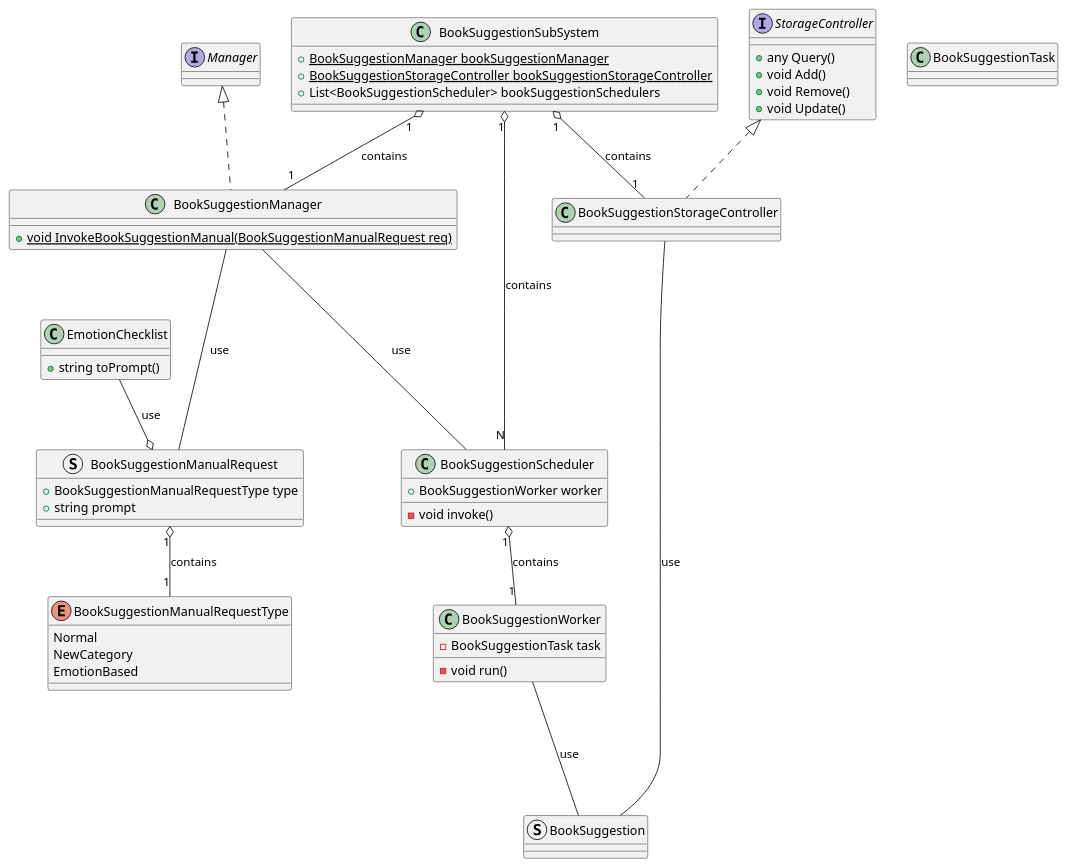
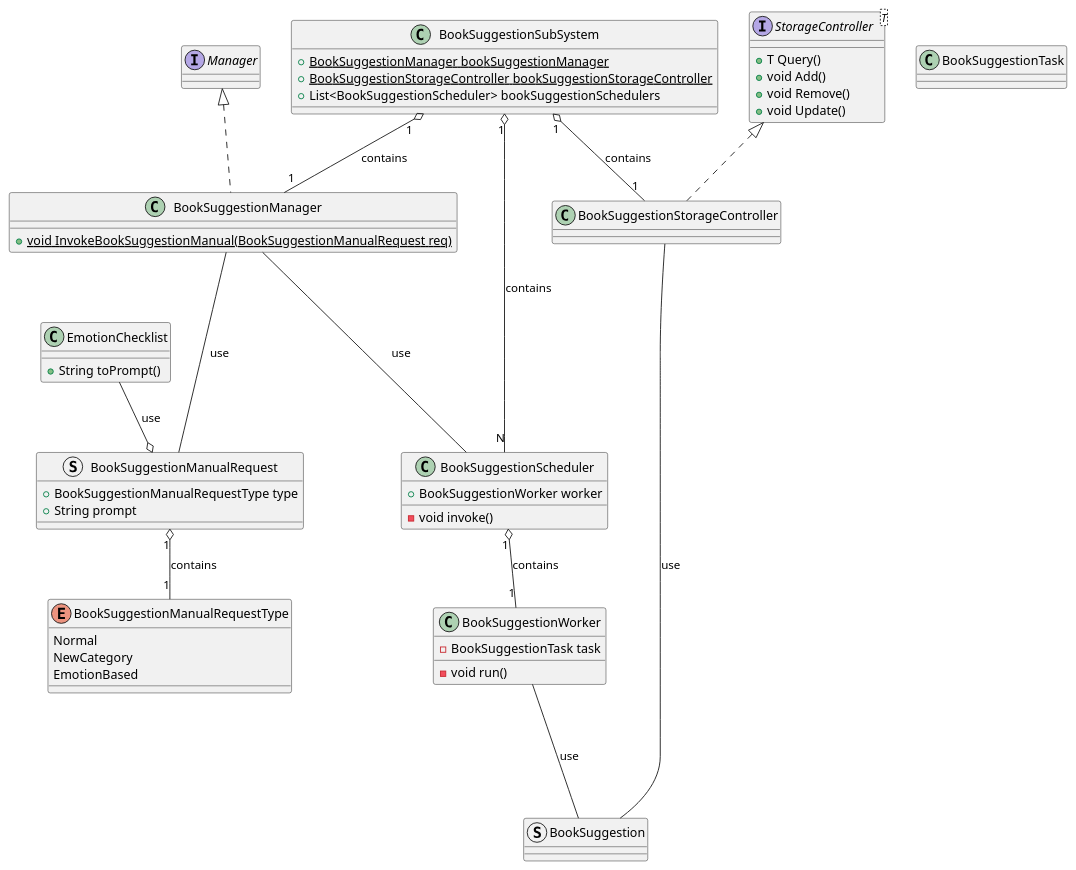
The diagram in src/BookSuggestion.puml (ShapeLayer/se-lecture-task__project-structure-definitions), drawn with PlantUML before and after one commit. The commit also changed 19 other files, not shown here.

```diff
--- a/src/BookSuggestion.puml
+++ b/src/BookSuggestion.puml
@@ -1,61 +1,61 @@
 @startuml
 Interface Manager
-Interface StorageController {
-    + any Query()
+Interface StorageController<T> {
+    + T Query()
     + void Add()
     + void Remove()
     + void Update()
 }
 
 class EmotionChecklist {
-    + string toPrompt()
+    + String toPrompt()
 }
 
 enum BookSuggestionManualRequestType {
     Normal
     NewCategory
     EmotionBased
 }
 struct BookSuggestionManualRequest {
     + BookSuggestionManualRequestType type
-    + string prompt
+    + String prompt
 }
 BookSuggestionManualRequest "1" o-- "1" BookSuggestionManualRequestType : contains
 EmotionChecklist --o BookSuggestionManualRequest : use
 
 struct BookSuggestion {}
 class BookSuggestionTask {}
 
 class BookSuggestionWorker {
     - BookSuggestionTask task
     - void run()
 }
 BookSuggestionWorker --- BookSuggestion : use
 
 class BookSuggestionScheduler {
     + BookSuggestionWorker worker
     - void invoke()
 }
 
 BookSuggestionScheduler "1" o-- "1" BookSuggestionWorker : contains
 
 class BookSuggestionManager implements Manager {
     + {static} void InvokeBookSuggestionManual(BookSuggestionManualRequest req)
 }
 BookSuggestionManager --- BookSuggestionManualRequest : use
 BookSuggestionManager --- BookSuggestionScheduler : use
 
 class BookSuggestionStorageController implements StorageController {}
 BookSuggestionStorageController --- BookSuggestion : use
 
 class BookSuggestionSubSystem {
     + {static} BookSuggestionManager bookSuggestionManager
     + {static} BookSuggestionStorageController bookSuggestionStorageController
     + List<BookSuggestionScheduler> bookSuggestionSchedulers
 }
 
 BookSuggestionSubSystem "1" o-- "1" BookSuggestionManager : contains
 BookSuggestionSubSystem "1" o-- "1" BookSuggestionStorageController : contains
 BookSuggestionSubSystem "1" o-- "N" BookSuggestionScheduler : contains
 
 @enduml
```
